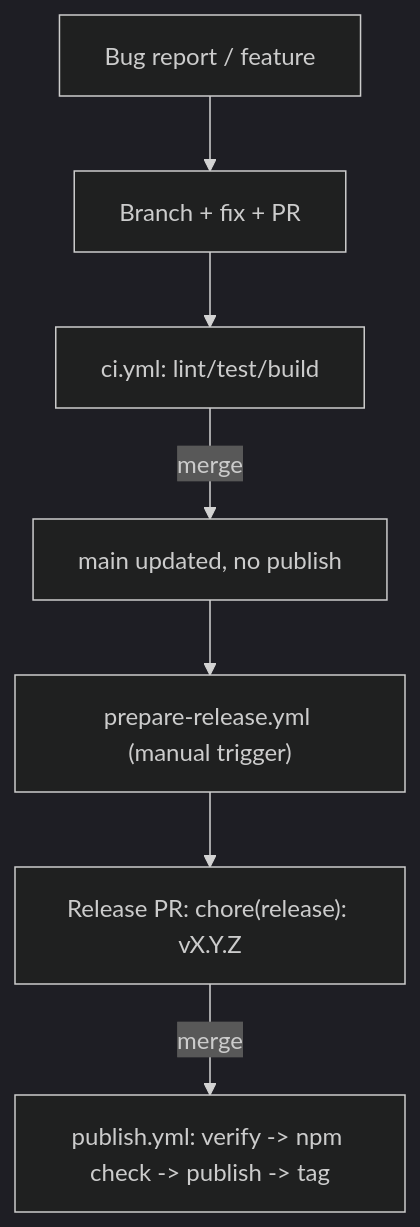
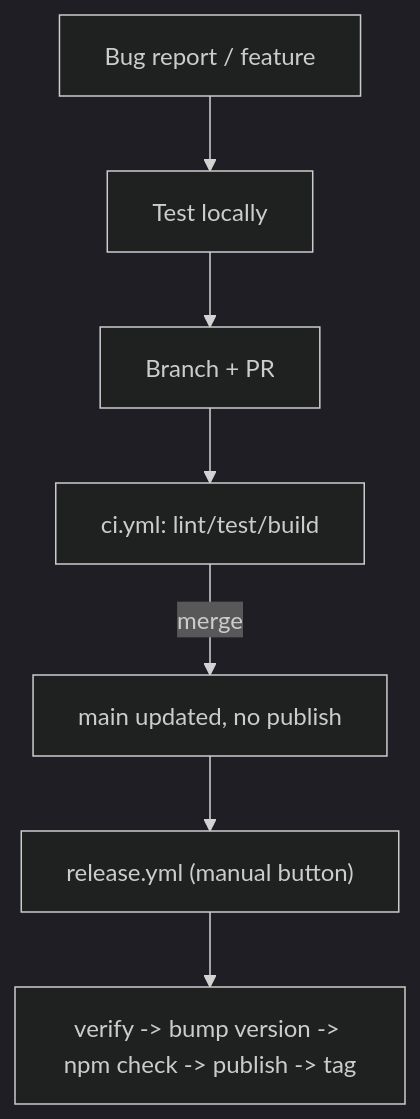
Before and after one commit to nuxtlibv2/consent: the diagram in RELEASING.md, drawn with Mermaid (dark theme). The commit also changed other lines of this file and 3 other files, not shown here.

First line of the commit message:
refactor(ci): collapse release into a single manual workflow

````diff
--- a/RELEASING.md
+++ b/RELEASING.md
@@ -45,9 +48,9 @@
 ```mermaid
 flowchart TD
-    A[Bug report / feature] --> B[Branch + fix + PR]
-    B --> C["ci.yml: lint/test/build"]
-    C -->|merge| D[main updated, no publish]
-    D --> E["prepare-release.yml (manual trigger)"]
-    E --> F["Release PR: chore(release): vX.Y.Z"]
-    F -->|merge| G["publish.yml: verify -> npm check -> publish -> tag"]
+    A[Bug report / feature] --> B[Test locally]
+    B --> C[Branch + PR]
+    C --> D["ci.yml: lint/test/build"]
+    D -->|merge| E[main updated, no publish]
+    E --> F["release.yml (manual button)"]
+    F --> G["verify -> bump version -> npm check -> publish -> tag"]
 ```
````
